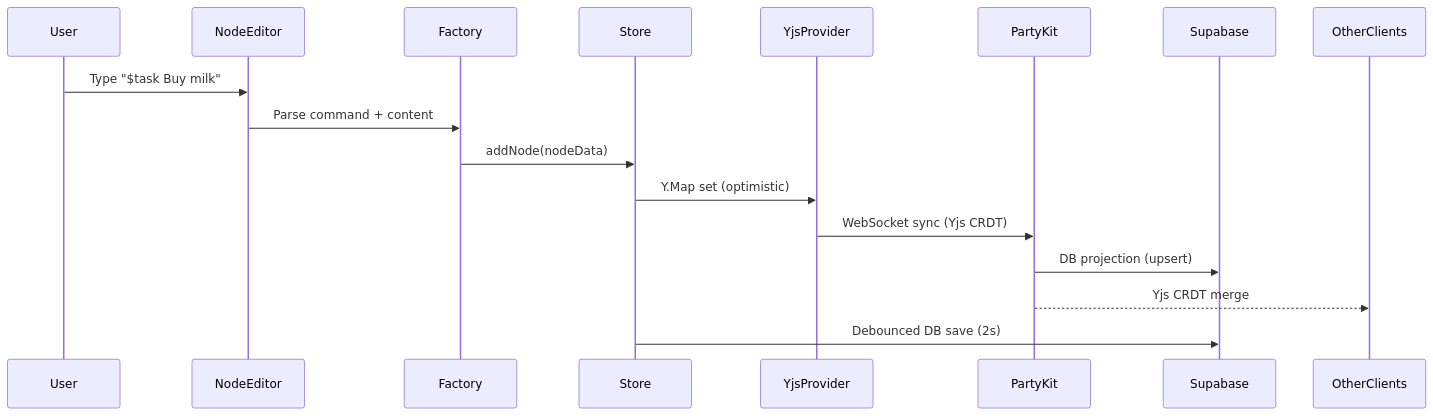
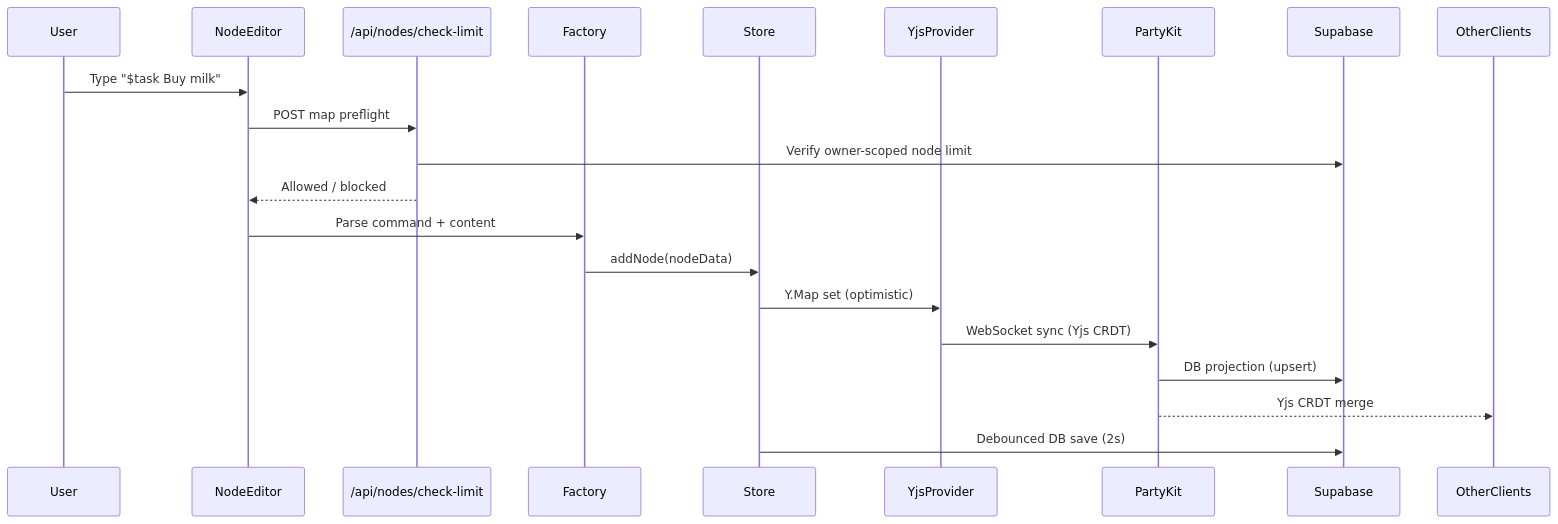
Before and after one commit to kudziajaroslaw98/moistus-ai: the third of 6 diagrams in docs/CODEBASE_MAP.md, drawn with Mermaid. The commit also changed other lines of this file and 8 other files, not shown here.

Commit message:
fix: apply review fixes for node-limit checks and docs

````diff
--- a/docs/CODEBASE_MAP.md
+++ b/docs/CODEBASE_MAP.md
@@ -342,20 +343,24 @@
 ```mermaid
 sequenceDiagram
     participant User
     participant NodeEditor
+    participant NodeLimitAPI as /api/nodes/check-limit
     participant Factory
     participant Store
     participant YjsProvider
     participant PartyKit
     participant Supabase
     participant OtherClients
 
     User->>NodeEditor: Type "$task Buy milk"
+    NodeEditor->>NodeLimitAPI: POST map preflight
+    NodeLimitAPI->>Supabase: Verify owner-scoped node limit
+    NodeLimitAPI-->>NodeEditor: Allowed / blocked
     NodeEditor->>Factory: Parse command + content
     Factory->>Store: addNode(nodeData)
     Store->>YjsProvider: Y.Map set (optimistic)
     YjsProvider->>PartyKit: WebSocket sync (Yjs CRDT)
     PartyKit->>Supabase: DB projection (upsert)
     PartyKit-->>OtherClients: Yjs CRDT merge
     Store->>Supabase: Debounced DB save (2s)
 ```
````
